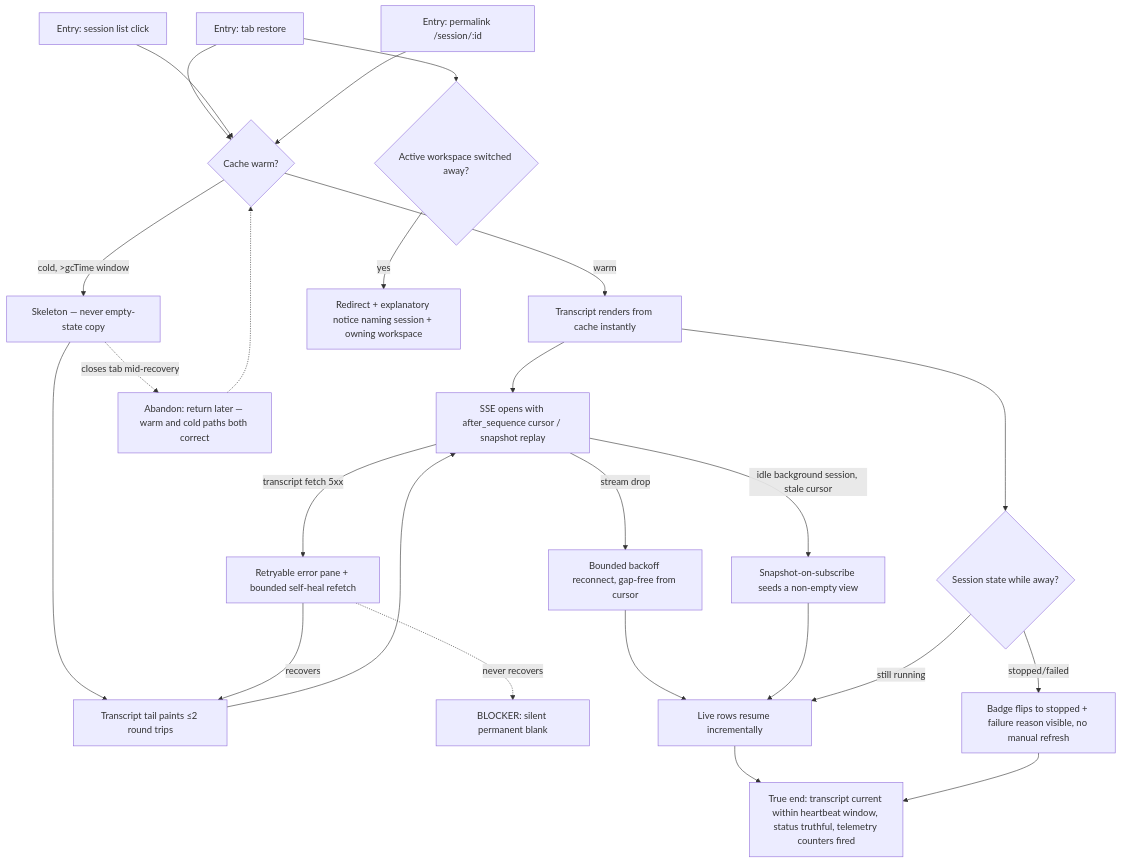
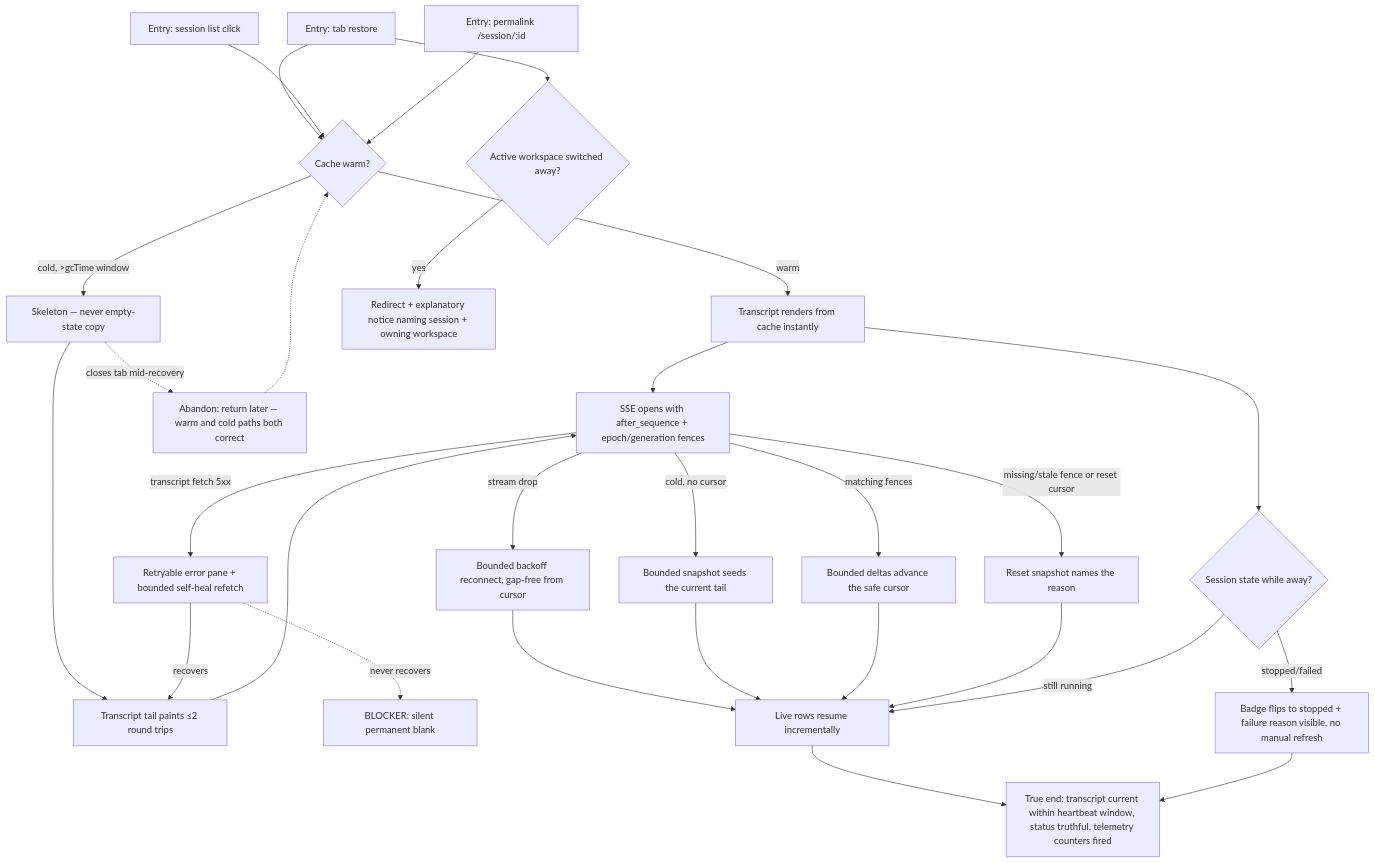
Before and after one commit to compozy/agh: the diagram in docs/qa/journeys/J-11-return-to-running-session.md, drawn with Mermaid. The commit also changed other lines of this file and 883 other files, not shown here.

````diff
--- a/docs/qa/journeys/J-11-return-to-running-session.md
+++ b/docs/qa/journeys/J-11-return-to-running-session.md
@@ -5,27 +5,31 @@
 ```mermaid
 flowchart TD
     E1[Entry: tab restore] --> P{Cache warm?}
     E2[Entry: session list click] --> P
     E3[Entry: permalink /session/:id] --> P
     P -->|warm| T1[Transcript renders from cache instantly]
     P -->|cold, >gcTime window| SK[Skeleton — never empty-state copy]
     SK --> T2[Transcript tail paints ≤2 round trips]
-    T1 --> S[SSE opens with after_sequence cursor / snapshot replay]
+    T1 --> S[SSE opens with after_sequence + epoch/generation fences]
     T2 --> S
-    S -->|idle background session, stale cursor| SNAP[Snapshot-on-subscribe seeds a non-empty view]
+    S -->|cold, no cursor| SNAP[Bounded snapshot seeds the current tail]
+    S -->|matching fences| DELTA[Bounded deltas advance the safe cursor]
+    S -->|missing/stale fence or reset cursor| RESET[Reset snapshot names the reason]
     S -->|transcript fetch 5xx| ERR[Retryable error pane + bounded self-heal refetch]
     ERR -->|recovers| T2
     ERR -.->|never recovers| X3[BLOCKER: silent permanent blank]
     S -->|stream drop| BK[Bounded backoff reconnect, gap-free from cursor]
     BK --> LIVE
     SNAP --> LIVE[Live rows resume incrementally]
+    DELTA --> LIVE
+    RESET --> LIVE
     T1 --> ST{Session state while away?}
     ST -->|stopped/failed| BADGE[Badge flips to stopped + failure reason visible, no manual refresh]
     ST -->|still running| LIVE
     E1 --> W{Active workspace switched away?}
     W -->|yes| RN[Redirect + explanatory notice naming session + owning workspace]
     LIVE --> TE[True end: transcript current within heartbeat window, status truthful, telemetry counters fired]
     BADGE --> TE
     SK -.->|closes tab mid-recovery| AB[Abandon: return later — warm and cold paths both correct]
     AB -.-> P
 ```
````
